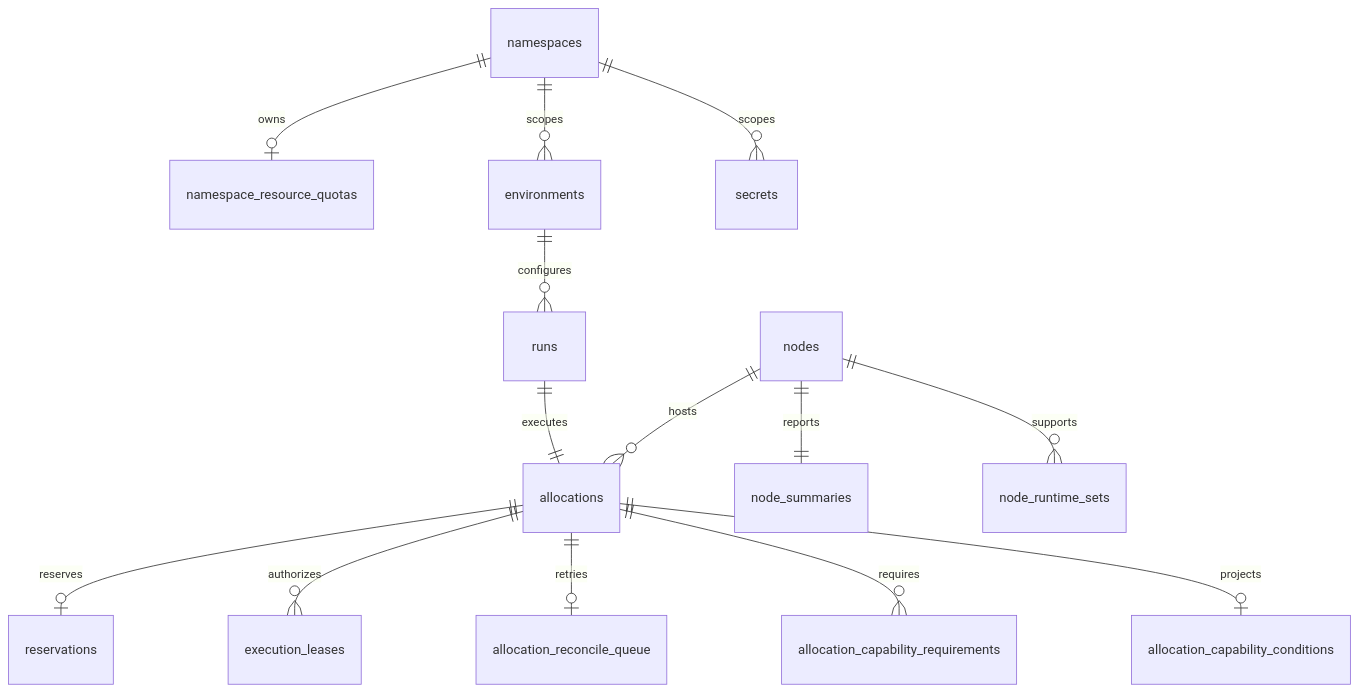
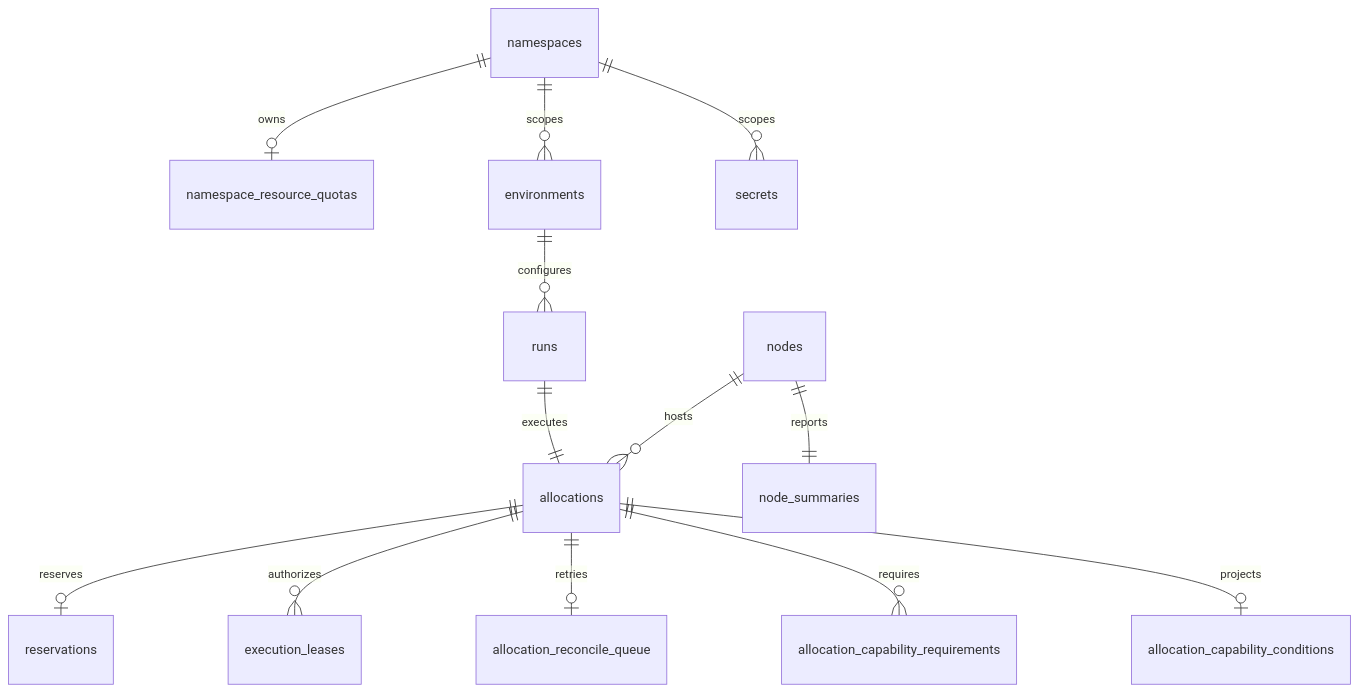
Before and after one commit to cofy-x/axern: the second of 4 diagrams in control/controld/docs/postgres-schema-design.md, drawn with Mermaid. The commit also changed other lines of this file and 319 other files, not shown here.

````diff
--- a/control/controld/docs/postgres-schema-design.md
+++ b/control/controld/docs/postgres-schema-design.md
@@ -34,16 +34,15 @@
 ```mermaid
 erDiagram
   namespaces ||--o| namespace_resource_quotas : owns
   namespaces ||--o{ environments : scopes
   namespaces ||--o{ secrets : scopes
   environments ||--o{ runs : configures
   runs ||--|| allocations : executes
   nodes ||--o{ allocations : hosts
   nodes ||--|| node_summaries : reports
-  nodes ||--o{ node_runtime_sets : supports
   allocations ||--o| reservations : reserves
   allocations ||--o{ execution_leases : authorizes
   allocations ||--o| allocation_reconcile_queue : retries
   allocations ||--o{ allocation_capability_requirements : requires
   allocations ||--o| allocation_capability_conditions : projects
 ```
````
